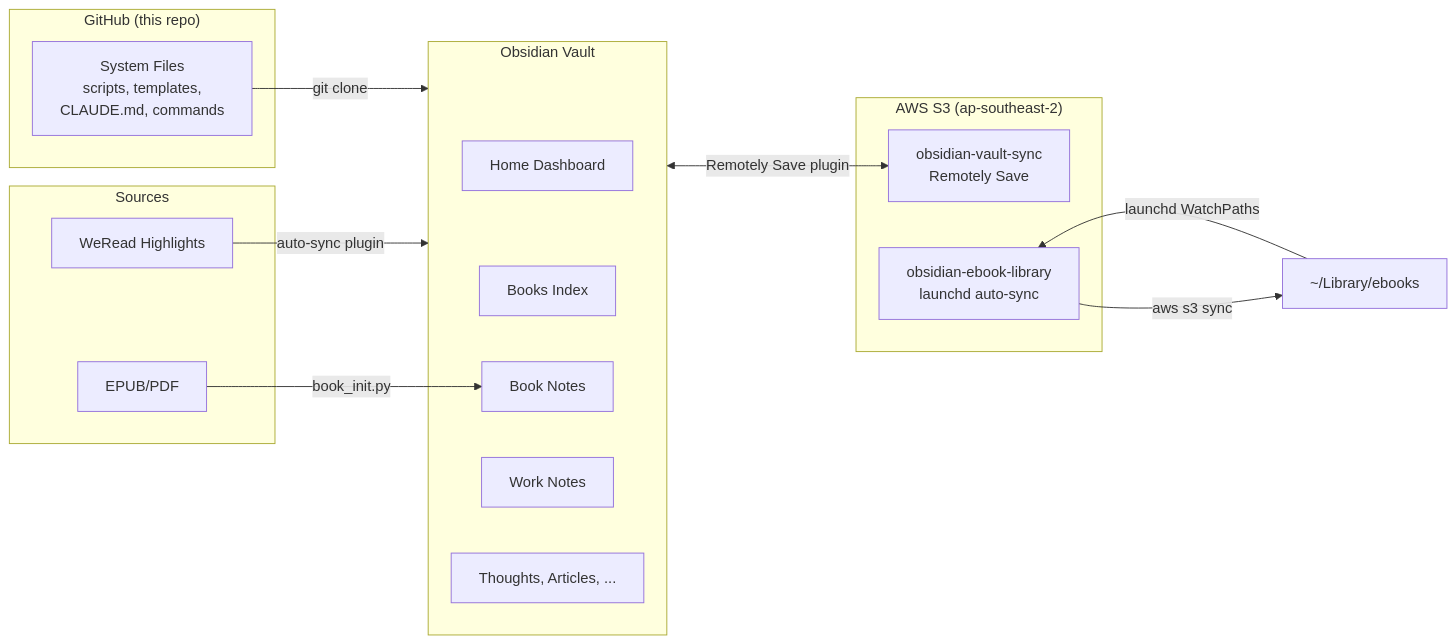
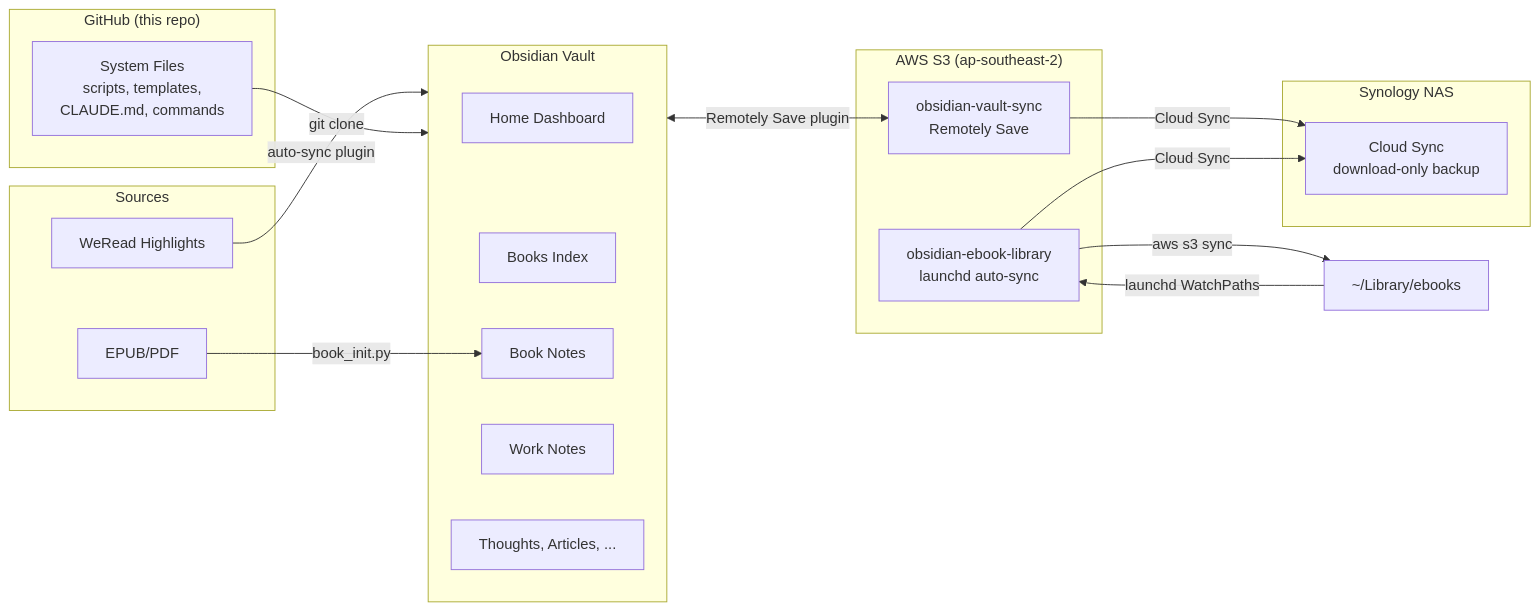
One commit to yepengfan/obsidian-workflow changed the first of 2 diagrams in README.md. Above: the diagram before and after it, drawn with Mermaid. The commit also changed other lines of this file, not shown here.

First line of the commit message:
Add NAS backup docs and architecture diagram

````diff
--- a/README.md
+++ b/README.md
@@ -27,31 +27,37 @@
 ```mermaid
 graph LR
     subgraph Sources
         EPUB[EPUB/PDF]
         WR[WeRead Highlights]
     end
 
     subgraph GitHub["GitHub (this repo)"]
         SYS[System Files<br/>scripts, templates,<br/>CLAUDE.md, commands]
     end
 
     subgraph Vault["Obsidian Vault"]
         HOME[Home Dashboard]
         IDX[Books Index]
         BOOKS[Book Notes]
         WORK[Work Notes]
         OTHER[Thoughts, Articles, ...]
     end
 
     subgraph AWS["AWS S3 (ap-southeast-2)"]
         S3V[obsidian-vault-sync<br/>Remotely Save]
         S3E[obsidian-ebook-library<br/>launchd auto-sync]
     end
 
+    subgraph NAS["Synology NAS"]
+        BACKUP[Cloud Sync<br/>download-only backup]
+    end
+
     EBOOKS[~/Library/ebooks] -->|launchd WatchPaths| S3E
     S3E -->|aws s3 sync| EBOOKS
     EPUB -->|book_init.py| BOOKS
     WR -->|auto-sync plugin| Vault
     SYS -->|git clone| Vault
     Vault <-->|Remotely Save plugin| S3V
+    S3V -->|Cloud Sync| BACKUP
+    S3E -->|Cloud Sync| BACKUP
 ```
````
